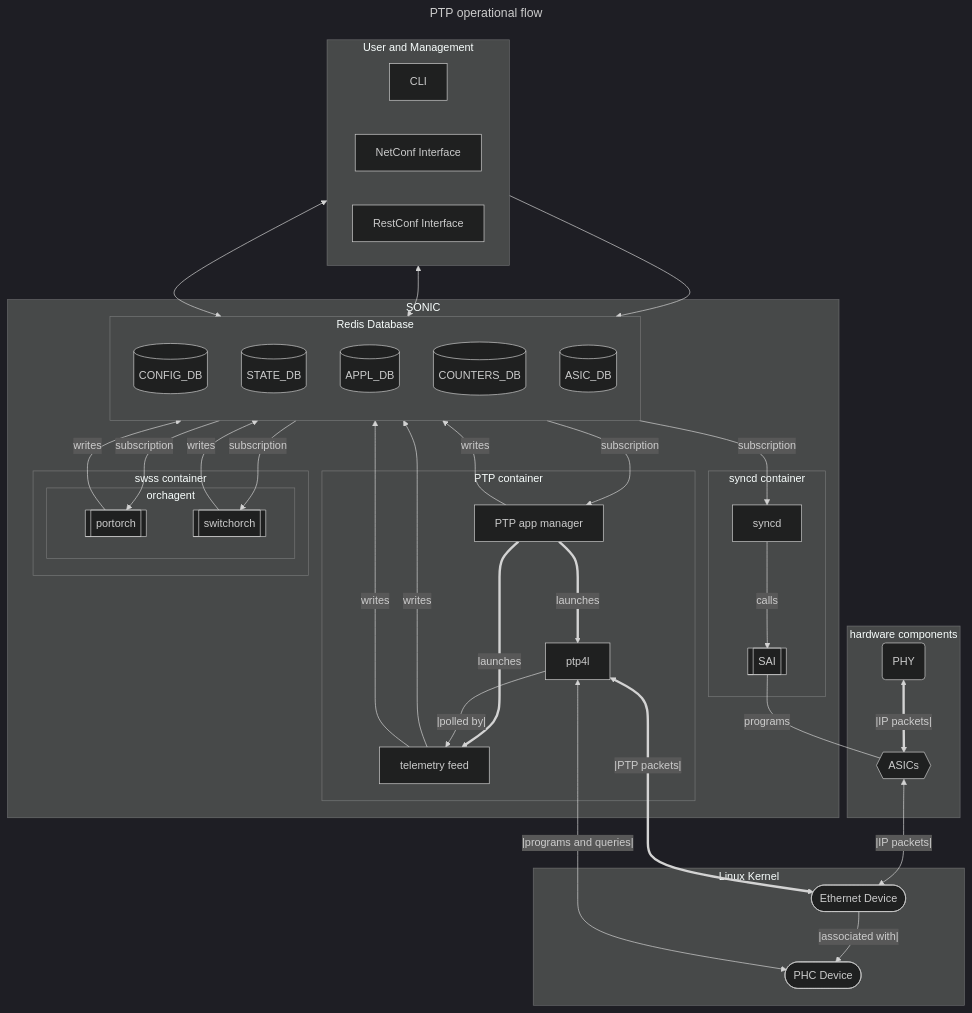
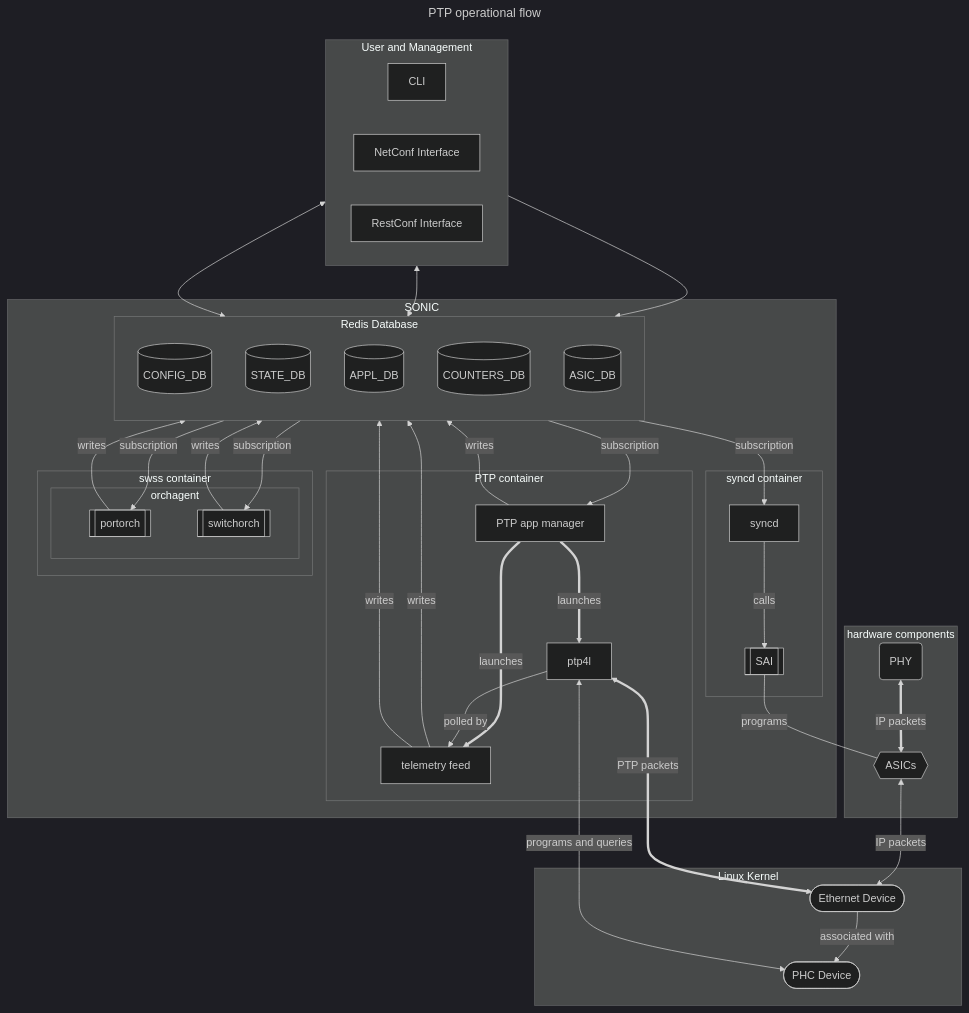
One commit to mgeng-nokia/SONiC changed the diagram in doc/ptp/ptp-hld.md. Above: the diagram before and after it, drawn with Mermaid (dark theme).

Commit message:
mermaid trial and error 5

````diff
--- a/doc/ptp/ptp-hld.md
+++ b/doc/ptp/ptp-hld.md
@@ -97,75 +97,75 @@
 ```mermaid
 ---
 title: PTP operational flow
 ---
   flowchart TB
     subgraph input [User and Management]
       cli[CLI]
       netconf[NetConf Interface]
       restconf[RestConf Interface]
     end
 
     subgraph SONIC
       subgraph redis [Redis Database]
         direction TB
         config_db[(CONFIG_DB)]
         state_db[(STATE_DB)]
         appl_db[(APPL_DB)]
         counter_db[(COUNTERS_DB)]
         asic_db[(ASIC_DB)]
       end
 
       subgraph ptp [PTP container]
         appcfg[PTP app manager]
         ptp4l[ptp4l]
         telemetry_[telemetry feed]
 
         appcfg== launches ==>ptp4l
         appcfg== launches ==>telemetry_
-        ptp4l-- |polled by| -->telemetry_
+        ptp4l-->|polled by|telemetry_
       end
 
       subgraph syncd container
         syncd[syncd]
         sai[[SAI]]
 
         syncd-- calls -->sai
       end
 
       subgraph swss_service [swss container]
         subgraph orchagent
           portorch[[portorch]]
           switchorch[[switchorch]]
         end
       end
     end
 
     subgraph kernel [Linux Kernel]
       eth_dev([Ethernet Device])
       phc_dev([PHC Device])
-      eth_dev-- |associated with| -->phc_dev
+      eth_dev-->|associated with|phc_dev
     end
 
     subgraph hardware [hardware components]
       phy(PHY)
       asic_dev{{ASICs}}
-      phy<== |IP packets| ==>asic_dev
+      phy<==>|IP packets|asic_dev
     end
 
     config_db-- subscription -->appcfg
     appcfg-- writes -->appl_db
     appl_db-- subscription -->portorch
     appl_db-- subscription -->switchorch
     portorch-- writes -->asic_db
     switchorch-- writes -->asic_db
     asic_db-- subscription -->syncd
     sai-- programs ---asic_dev
-    asic_dev<-- |IP packets| -->eth_dev
+    asic_dev<-->|IP packets|eth_dev
     input-->config_db
     input<-->state_db
     input<-->counter_db
     telemetry_-- writes -->state_db
     telemetry_-- writes -->counter_db
-    ptp4l<== |PTP packets| ==>eth_dev
-    ptp4l<-- |programs and queries| -->phc_dev
+    ptp4l<==>|PTP packets|eth_dev
+    ptp4l<-->|programs and queries|phc_dev
 ```
````
